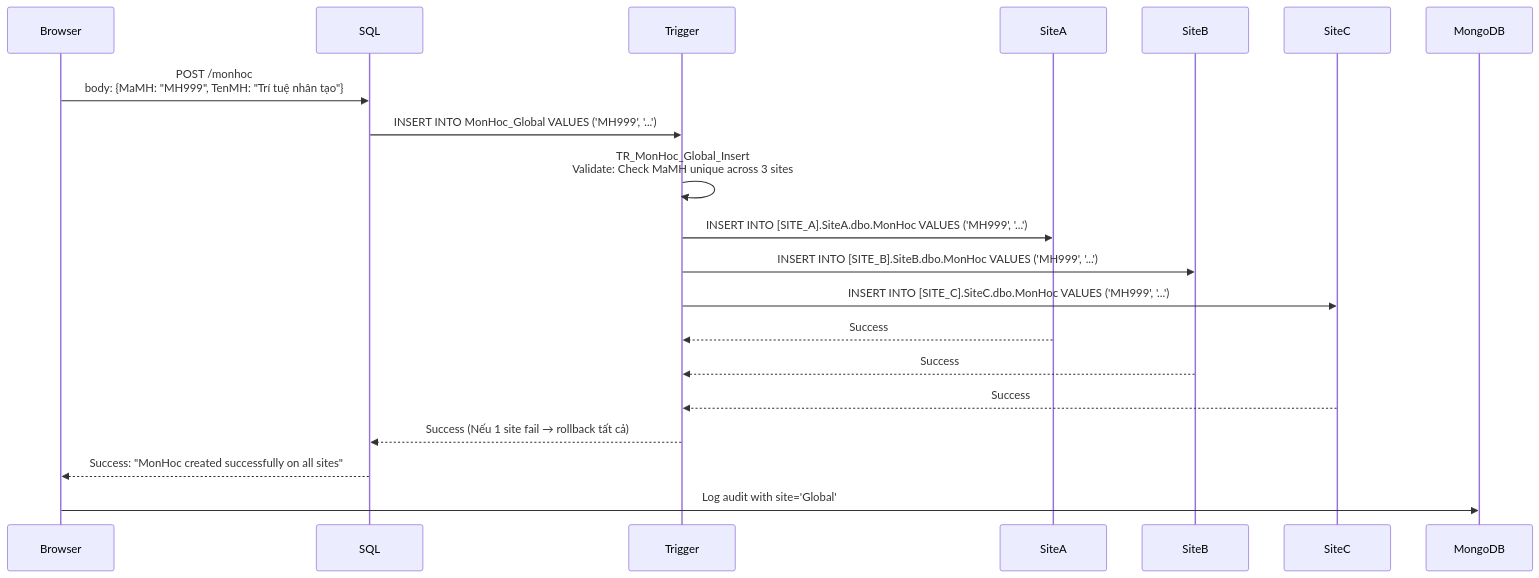
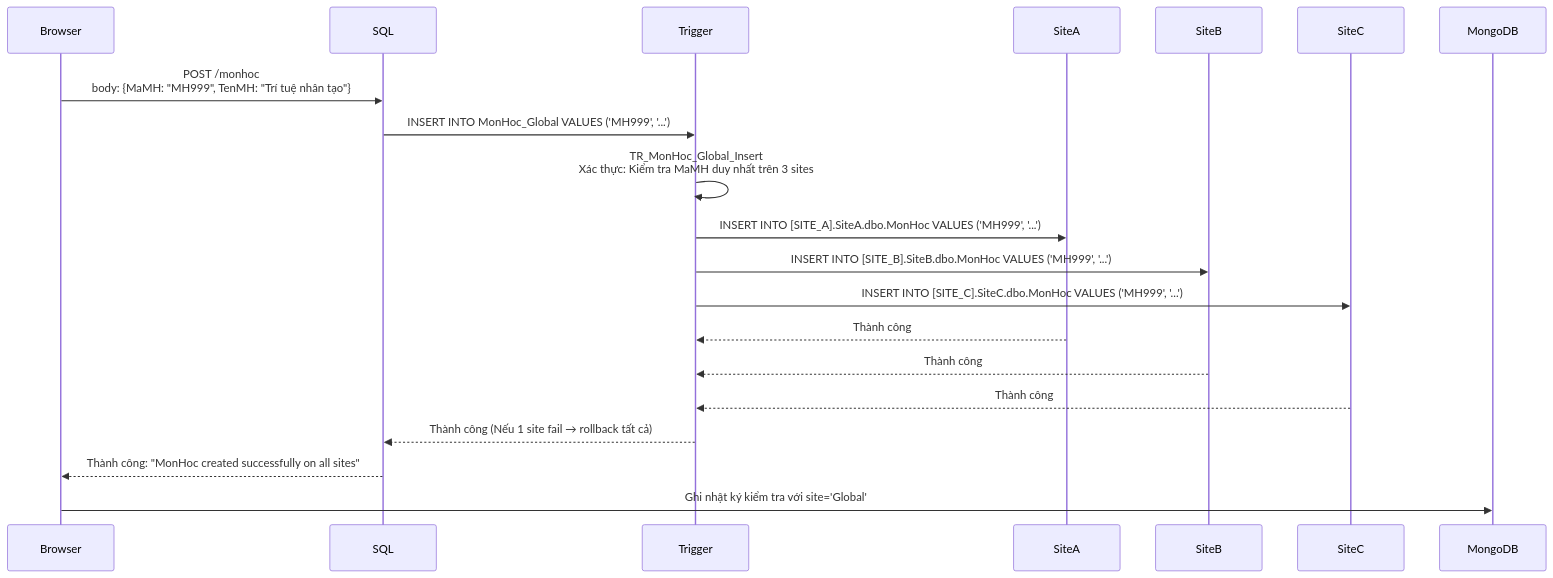
The fifth of 6 diagrams in ARCHITECTURE.md (TienxDun/Distributed_Database), drawn with Mermaid before and after one commit. The commit also changed other lines of this file and 1 other file, not shown here.

````diff
--- a/ARCHITECTURE.md
+++ b/ARCHITECTURE.md
@@ -625,23 +623,23 @@
 ```mermaid
 sequenceDiagram
     participant Browser
     participant SQL
     participant Trigger
     participant SiteA
     participant SiteB
     participant SiteC
     participant MongoDB
 
     Browser->>SQL: POST /monhoc<br/>body: {MaMH: "MH999", TenMH: "Trí tuệ nhân tạo"}
     SQL->>Trigger: INSERT INTO MonHoc_Global VALUES ('MH999', '...')
-    Trigger->>Trigger: TR_MonHoc_Global_Insert<br/>Validate: Check MaMH unique across 3 sites
+    Trigger->>Trigger: TR_MonHoc_Global_Insert<br/>Xác thực: Kiểm tra MaMH duy nhất trên 3 sites
     Trigger->>SiteA: INSERT INTO [SITE_A].SiteA.dbo.MonHoc VALUES ('MH999', '...')
     Trigger->>SiteB: INSERT INTO [SITE_B].SiteB.dbo.MonHoc VALUES ('MH999', '...')
     Trigger->>SiteC: INSERT INTO [SITE_C].SiteC.dbo.MonHoc VALUES ('MH999', '...')
-    SiteA-->>Trigger: Success
-    SiteB-->>Trigger: Success
-    SiteC-->>Trigger: Success
-    Trigger-->>SQL: Success (Nếu 1 site fail → rollback tất cả)
-    SQL-->>Browser: Success: "MonHoc created successfully on all sites"
-    Browser->>MongoDB: Log audit with site='Global'
+    SiteA-->>Trigger: Thành công
+    SiteB-->>Trigger: Thành công
+    SiteC-->>Trigger: Thành công
+    Trigger-->>SQL: Thành công (Nếu 1 site fail → rollback tất cả)
+    SQL-->>Browser: Thành công: "MonHoc created successfully on all sites"
+    Browser->>MongoDB: Ghi nhật ký kiểm tra với site='Global'
 ```
````
